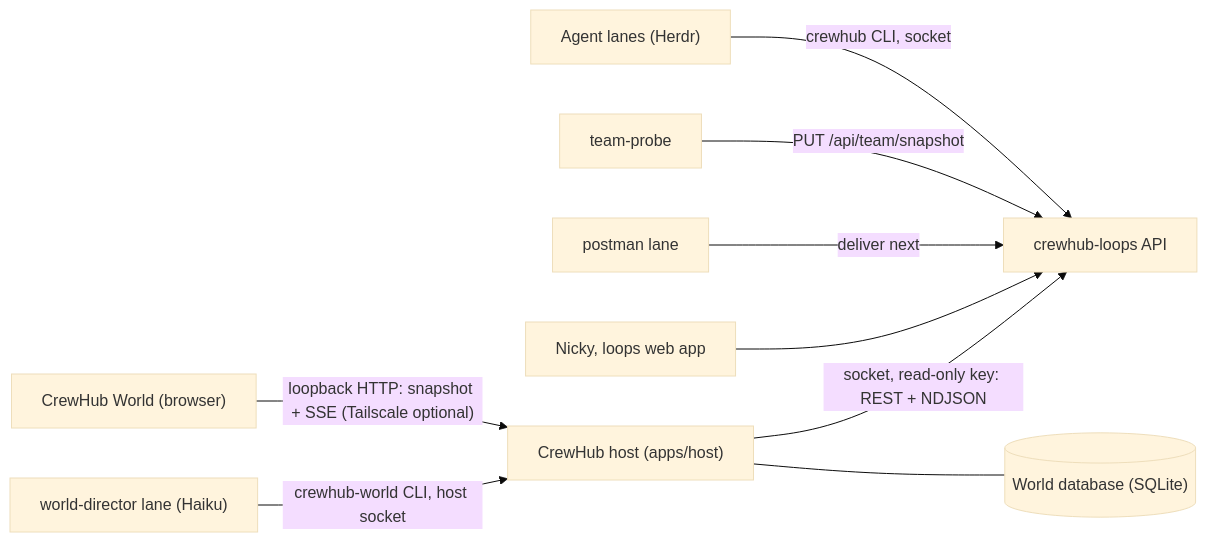
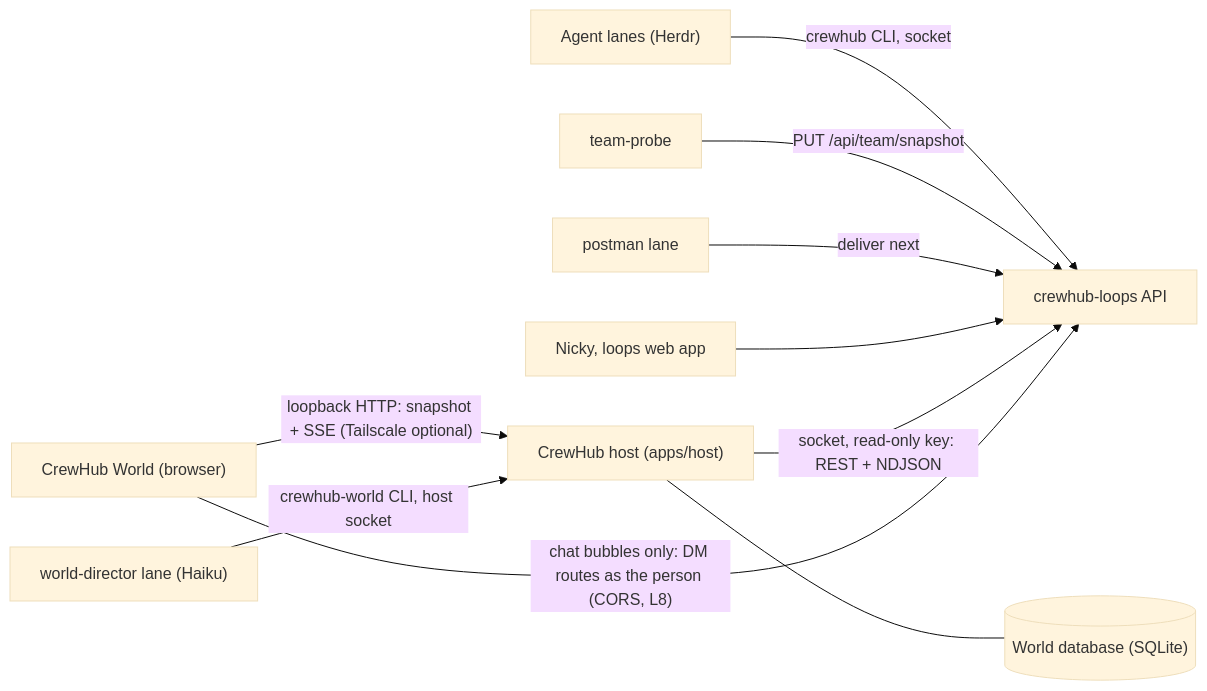
One commit to EKINSOL-DEV/crewhub2 changed the diagram in docs/LOOPS_INTEGRATION_PLAN.md. Above: the diagram before and after it, drawn with Mermaid (base theme). The commit also changed other lines of this file and 1 other file, not shown here.

First line of the commit message:
Keep the world UI minimal and mirror the loops chat exactly

````diff
--- a/docs/LOOPS_INTEGRATION_PLAN.md
+++ b/docs/LOOPS_INTEGRATION_PLAN.md
@@ -162,11 +166,12 @@
 ```mermaid
 flowchart LR
   Agents["Agent lanes (Herdr)"] -- "crewhub CLI, socket" --> Loops["crewhub-loops API"]
   Probe["team-probe"] -- "PUT /api/team/snapshot" --> Loops
   Postman["postman lane"] -- "deliver next" --> Loops
   People["Nicky, loops web app"] --> Loops
   Host["CrewHub host (apps/host)"] -- "socket, read-only key: REST + NDJSON" --> Loops
   Host --- DB[("World database (SQLite)")]
   Browser["CrewHub World (browser)"] -- "loopback HTTP: snapshot + SSE (Tailscale optional)" --> Host
+  Browser -- "chat bubbles only: DM routes as the person (CORS, L8)" --> Loops
   Director["world-director lane (Haiku)"] -- "crewhub-world CLI, host socket" --> Host
 ```
````
